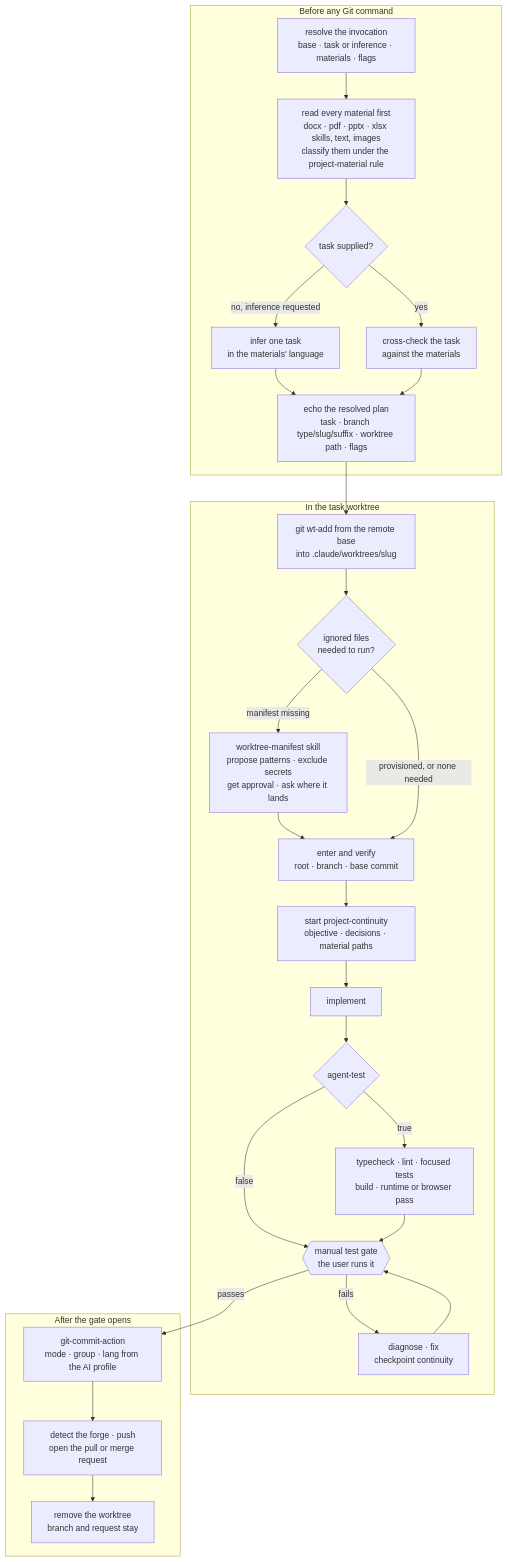
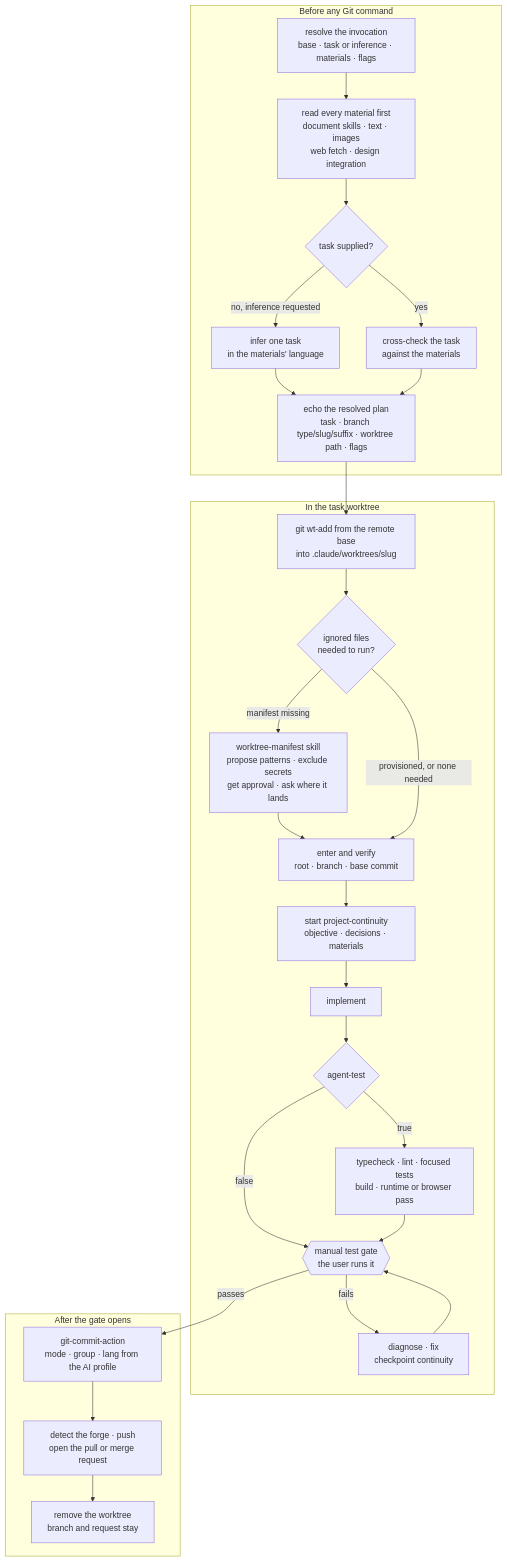
One commit to sherrilla71940/dotfiles changed the second of 3 diagrams in README.md. Above: the diagram before and after it, drawn with Mermaid. The commit also changed other lines of this file and 1 other file, not shown here.

````diff
--- a/README.md
+++ b/README.md
@@ -260,49 +261,49 @@
 ```mermaid
 flowchart TD
     subgraph resolve["Before any Git command"]
         A["resolve the invocation<br/>base · task or inference · materials · flags"]
-        B["read every material first<br/>docx · pdf · pptx · xlsx skills, text, images<br/>classify them under the project-material rule"]
+        B["read every material first<br/>document skills · text · images<br/>web fetch · design integration"]
         C{"task supplied?"}
         D["infer one task<br/>in the materials' language"]
         E["cross-check the task<br/>against the materials"]
         F["echo the resolved plan<br/>task · branch type/slug/suffix · worktree path · flags"]
         A --> B --> C
         C -->|"no, inference requested"| D
         C -->|"yes"| E
         D --> F
         E --> F
     end
 
     subgraph isolate["In the task worktree"]
         G["git wt-add from the remote base<br/>into .claude/worktrees/slug"]
         H{"ignored files<br/>needed to run?"}
         I["worktree-manifest skill<br/>propose patterns · exclude secrets<br/>get approval · ask where it lands"]
         J["enter and verify<br/>root · branch · base commit"]
-        K["start project-continuity<br/>objective · decisions · material paths"]
+        K["start project-continuity<br/>objective · decisions · materials"]
         L["implement"]
         M{"agent-test"}
         N["typecheck · lint · focused tests<br/>build · runtime or browser pass"]
         O{{"manual test gate<br/>the user runs it"}}
         P["diagnose · fix<br/>checkpoint continuity"]
         G --> H
         H -->|"manifest missing"| I
         I --> J
         H -->|"provisioned, or none needed"| J
         J --> K --> L --> M
         M -->|"true"| N
         M -->|"false"| O
         N --> O
         O -->|"fails"| P
         P --> O
     end
 
     subgraph publish["After the gate opens"]
         Q["git-commit-action<br/>mode · group · lang from the AI profile"]
         R["detect the forge · push<br/>open the pull or merge request"]
         S["remove the worktree<br/>branch and request stay"]
         Q --> R --> S
     end
 
     F --> G
     O -->|"passes"| Q
 ```
````
